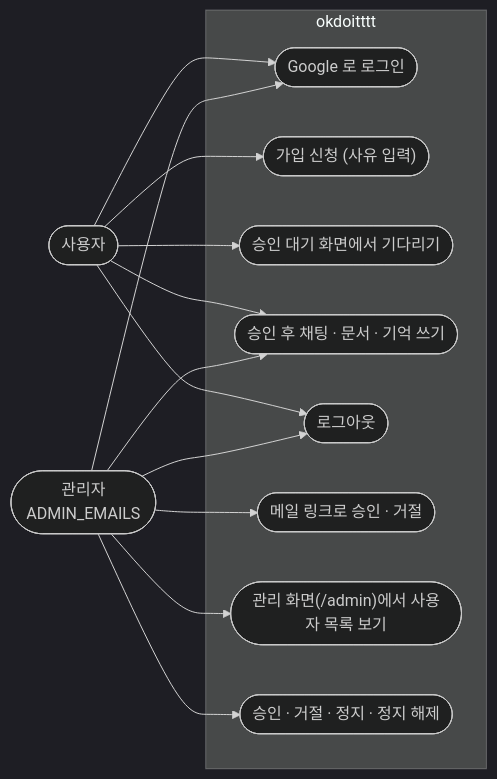
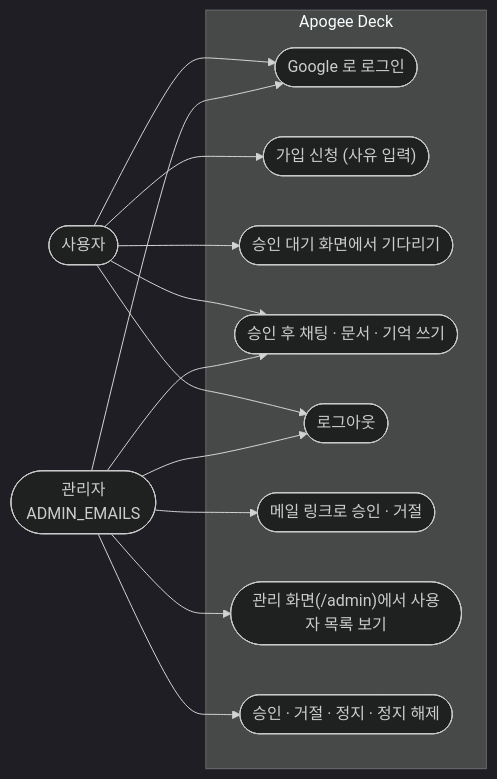
The first of 5 diagrams in docs/features/auth-approval.md (okdoittttt/apogee-deck), drawn with Mermaid (dark theme) before and after one commit. The commit also changed 15 other files, not shown here.

First line of the commit message:
chore: 앱 이름을 okdoitttt 에서 Apogee Deck 으로 바꾸기

````diff
--- a/docs/features/auth-approval.md
+++ b/docs/features/auth-approval.md
@@ -12,20 +12,20 @@
 ```mermaid
 flowchart LR
     user(["사용자"])
     admin(["관리자<br/>ADMIN_EMAILS"])
 
-    subgraph app["okdoitttt"]
+    subgraph app["Apogee Deck"]
         login(["Google 로 로그인"])
         request(["가입 신청 (사유 입력)"])
         wait(["승인 대기 화면에서 기다리기"])
         use(["승인 후 채팅 · 문서 · 기억 쓰기"])
         logout(["로그아웃"])
         mail(["메일 링크로 승인 · 거절"])
         ulist(["관리 화면(/admin)에서 사용자 목록 보기"])
         decide(["승인 · 거절 · 정지 · 정지 해제"])
     end
 
     user --> login & request & wait & use & logout
     admin --> login & use & logout
     admin --> mail & ulist & decide
 ```
````
